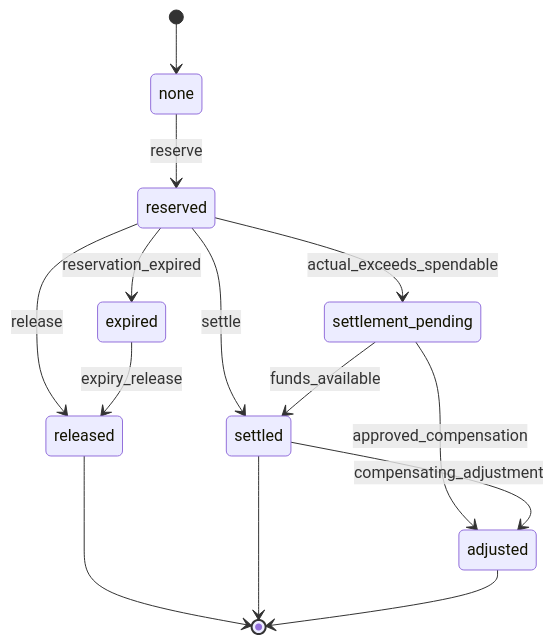
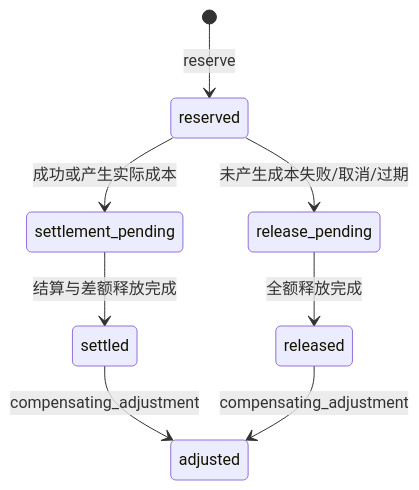
One commit to linshibo1994/MTV-backend changed the seventh of 7 diagrams in docs/codex/07-权限状态机与验收标准.md. Above: the diagram before and after it, drawn with Mermaid. The commit also changed other lines of this file and 11 other files, not shown here.

````diff
--- a/docs/codex/07-权限状态机与验收标准.md
+++ b/docs/codex/07-权限状态机与验收标准.md
@@ -545,16 +599,10 @@
 ```mermaid
 stateDiagram-v2
-    [*] --> none
-    none --> reserved: reserve
-    reserved --> settled: settle
-    reserved --> settlement_pending: actual_exceeds_spendable
-    reserved --> released: release
-    reserved --> expired: reservation_expired
-    expired --> released: expiry_release
-    settlement_pending --> settled: funds_available
-    settlement_pending --> adjusted: approved_compensation
+    [*] --> reserved: reserve
+    reserved --> settlement_pending: 成功或产生实际成本
+    reserved --> release_pending: 未产生成本失败/取消/过期
+    settlement_pending --> settled: 结算与差额释放完成
+    release_pending --> released: 全额释放完成
     settled --> adjusted: compensating_adjustment
-    released --> [*]
-    settled --> [*]
-    adjusted --> [*]
+    released --> adjusted: compensating_adjustment
 ```
````
